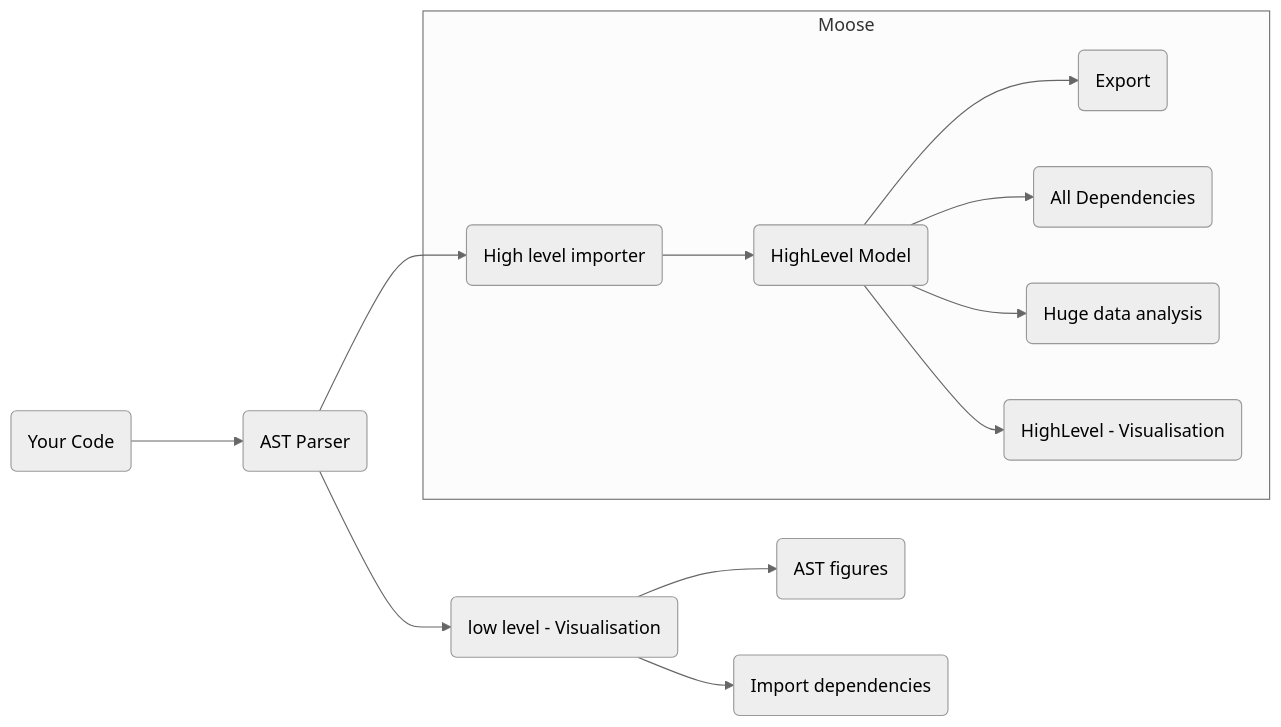
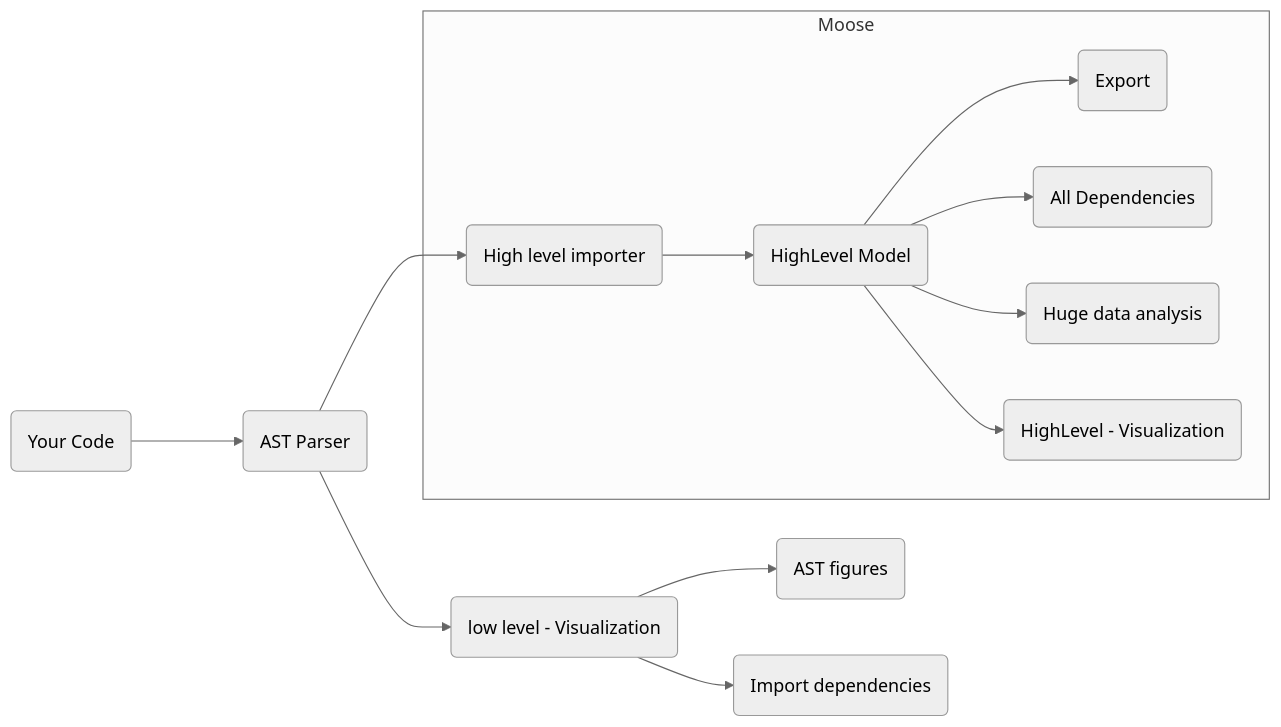
The diagram in moose-wiki/Developers/dealing-with-a-new-language.md (moosetechnology/moosetechnology.github.io), drawn with Mermaid (neutral theme) before and after one commit. The commit also changed other lines of this file, not shown here.

````diff
--- a/moose-wiki/Developers/dealing-with-a-new-language.md
+++ b/moose-wiki/Developers/dealing-with-a-new-language.md
@@ -29,15 +29,15 @@
 ```mermaid!
 flowchart LR
     yourCode(Your Code) ---> astParser(AST Parser)
-    astParser --> FirstAnalysis(low level - Visualisation)
+    astParser --> FirstAnalysis(low level - Visualization)
     FirstAnalysis --> AST(AST figures)
     FirstAnalysis --> Dependencies(Import dependencies)
         astParser --> HighlevelImporter(High level importer)
     subgraph Moose
         HighlevelImporter --> Model(HighLevel Model)
         Model --> Export(Export)
         Model --> AllDep(All Dependencies)
         Model --> HugeData(Huge data analysis)
-        Model --> Visualisation(HighLevel - Visualisation)
+        Model --> Visualization(HighLevel - Visualization)
     end
 ```
````
